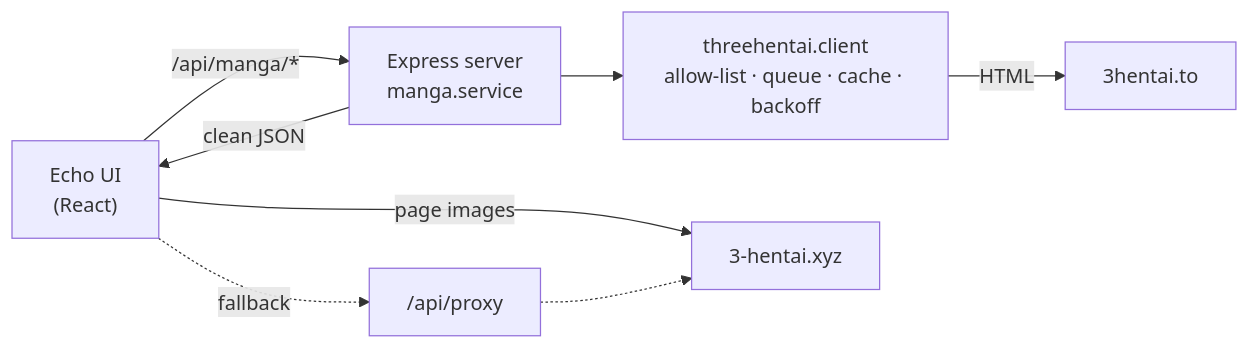
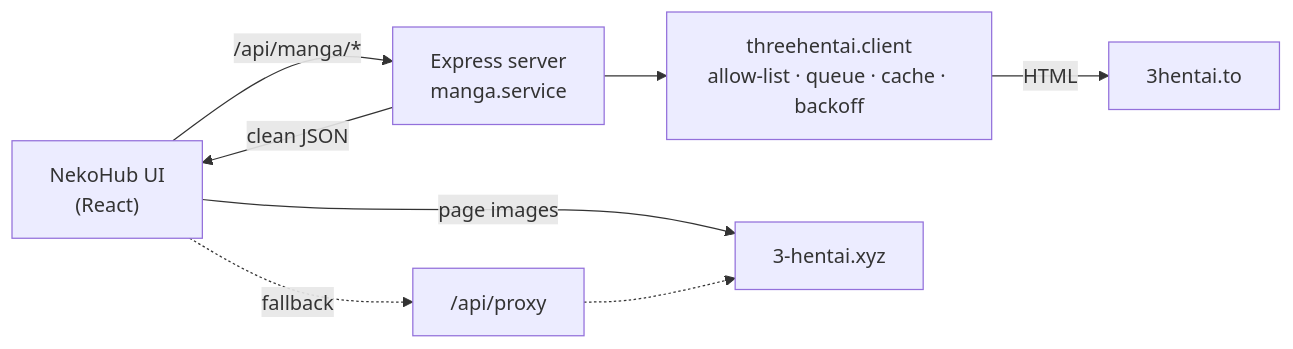
The first of 2 diagrams in docs/MANGA.md (PrathameshBelvalkar/web-asmrone), drawn with Mermaid before and after one commit. The commit also changed other lines of this file and 79 other files, not shown here.

First line of the commit message:
Rename the app from Echo to NekoHub

````diff
--- a/docs/MANGA.md
+++ b/docs/MANGA.md
@@ -35,9 +35,9 @@
 ```mermaid
 flowchart LR
-  UI["Echo UI<br/>(React)"] -->|/api/manga/*| S["Express server<br/>manga.service"]
+  UI["NekoHub UI<br/>(React)"] -->|/api/manga/*| S["Express server<br/>manga.service"]
   S --> C["threehentai.client<br/>allow-list · queue · cache · backoff"]
   C -->|HTML| Site["3hentai.to"]
   S -->|clean JSON| UI
   UI -->|page images| Img["3-hentai.xyz"]
   UI -.fallback.-> P["/api/proxy"] -.-> Img
 ```
````
